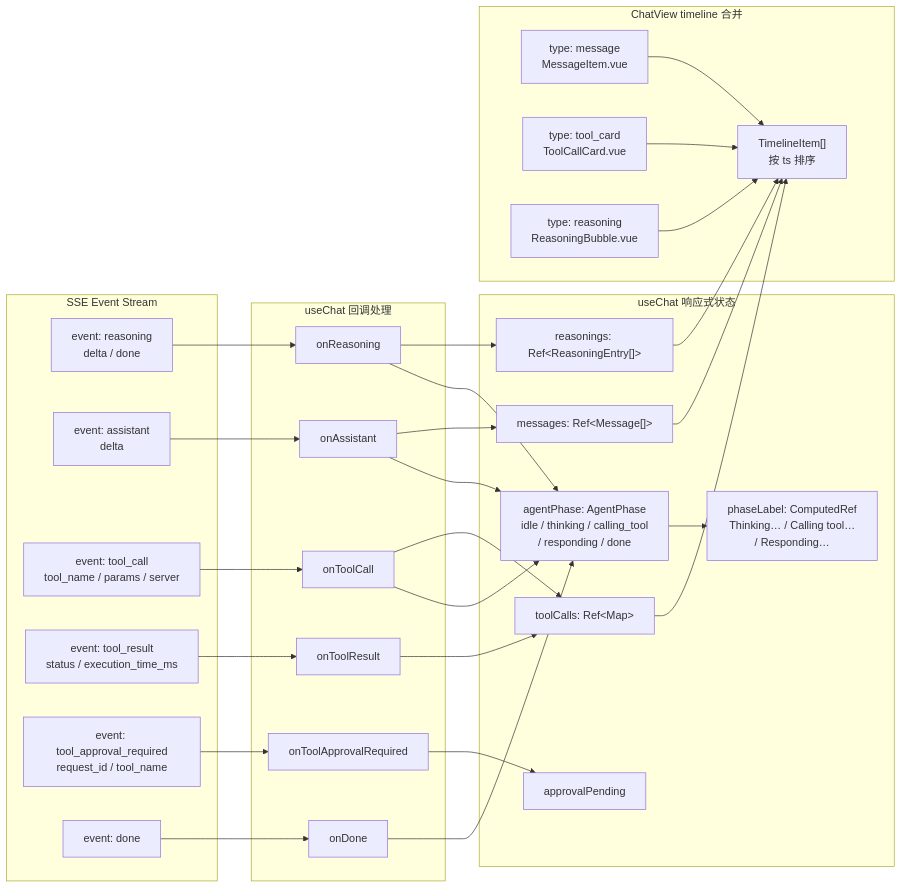
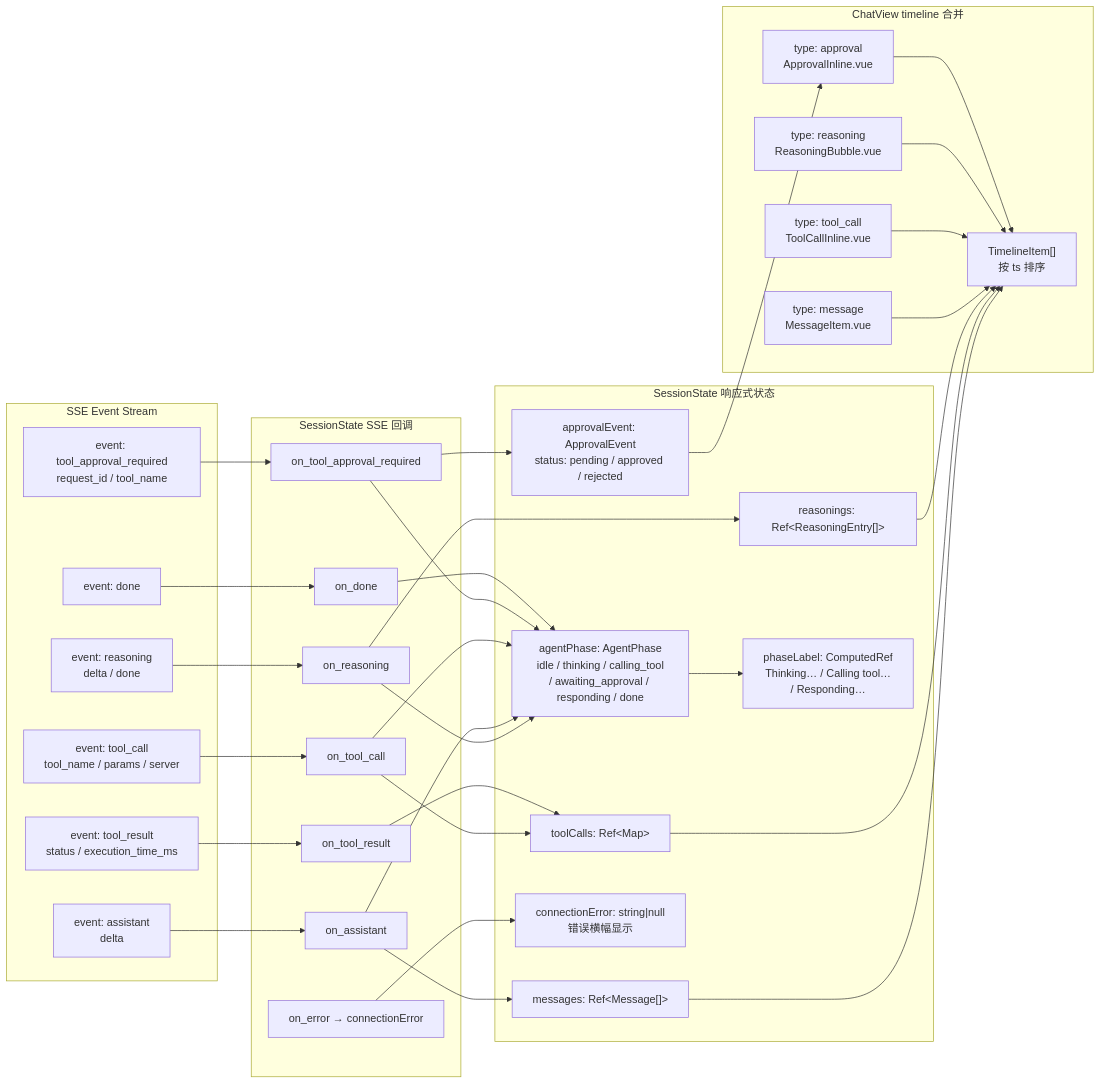
Before and after one commit to nazzeDe/alascup-agent: diagram 13 of 14 in web-server/graph.md, drawn with Mermaid. The commit also changed other lines of this file and 24 other files, not shown here.

First line of the commit message:
refactor: replace useChat/useSSE/useSessions with unified useSessionManager

````diff
--- a/web-server/graph.md
+++ b/web-server/graph.md
@@ -951,62 +940,70 @@
 ```mermaid
 flowchart LR
     subgraph sse_in["SSE Event Stream"]
         R["event: reasoning<br/>delta / done"]
         A["event: assistant<br/>delta"]
         TC["event: tool_call<br/>tool_name / params / server"]
         TR["event: tool_result<br/>status / execution_time_ms"]
         AP["event: tool_approval_required<br/>request_id / tool_name"]
         D["event: done"]
     end
 
-    subgraph handlers["useChat 回调处理"]
-        onR["onReasoning"]
-        onA["onAssistant"]
-        onTC["onToolCall"]
-        onTR["onToolResult"]
-        onAP["onToolApprovalRequired"]
-        onDone["onDone"]
+    subgraph handlers["SessionState SSE 回调"]
+        onR["on_reasoning"]
+        onA["on_assistant"]
+        onTC["on_tool_call"]
+        onTR["on_tool_result"]
+        onAP["on_tool_approval_required"]
+        onDone["on_done"]
+        onErr["on_error → connectionError"]
     end
 
-    subgraph state["useChat 响应式状态"]
+    subgraph state["SessionState 响应式状态"]
         MSG["messages: Ref&lt;Message[]&gt;"]
         TC_STATE["toolCalls: Ref&lt;Map&gt;"]
         REASON["reasonings: Ref&lt;ReasoningEntry[]&gt;"]
-        PHASE["agentPhase: AgentPhase<br/>idle / thinking / calling_tool<br/>/ responding / done"]
+        PHASE["agentPhase: AgentPhase<br/>idle / thinking / calling_tool<br/>/ awaiting_approval / responding / done"]
+        APEVT["approvalEvent: ApprovalEvent<br/>status: pending / approved / rejected"]
         LABEL["phaseLabel: ComputedRef<br/>Thinking… / Calling tool…<br/>/ Responding…"]
-        APPROVAL["approvalPending"]
+        ERR["connectionError: string|null<br/>错误横幅显示"]
     end
 
     subgraph timeline["ChatView timeline 合并"]
         items["TimelineItem[]<br/>按 ts 排序"]
         msg_t["type: message<br/>MessageItem.vue"]
-        tc_t["type: tool_card<br/>ToolCallCard.vue"]
+        tc_t["type: tool_call<br/>ToolCallInline.vue"]
         reason_t["type: reasoning<br/>ReasoningBubble.vue"]
+        ap_t["type: approval<br/>ApprovalInline.vue"]
     end
 
     R --> onR
     A --> onA
     TC --> onTC
     TR --> onTR
     AP --> onAP
     D --> onDone
 
     onR --> REASON
     onA --> MSG
     onR --> PHASE
     onA --> PHASE
     onTC --> TC_STATE
     onTC --> PHASE
     onTR --> TC_STATE
-    onAP --> APPROVAL
+    onAP --> APEVT
+    onAP --> PHASE
     onDone --> PHASE
+    onErr --> ERR
 
     MSG --> items
     TC_STATE --> items
     REASON --> items
     PHASE --> LABEL
 
     msg_t --> items
     tc_t --> items
     reason_t --> items
+    ap_t --> items
+
+    APEVT --> ap_t
 ```
````
